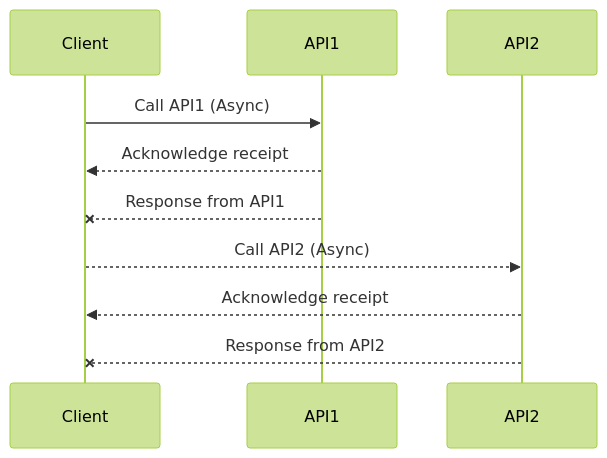
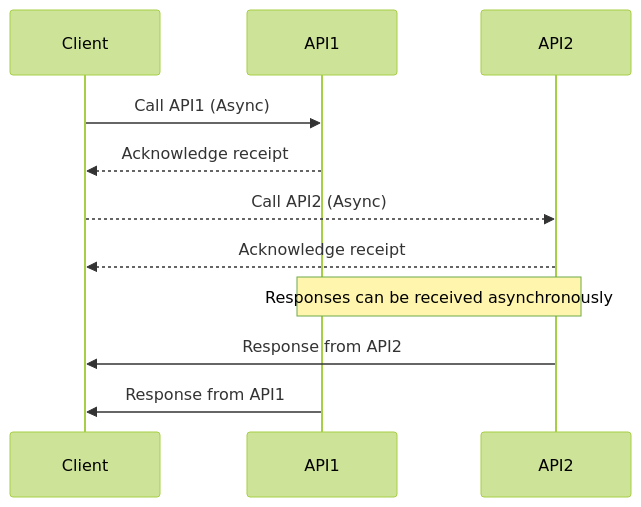
Before and after one commit to nitinkc/nitinkc.github.io: the second of 2 diagrams in _posts/Java/threads/2024-07-19-java21-virtualthreads.md, drawn with Mermaid (forest theme).

````diff
--- a/_posts/Java/threads/2024-07-19-java21-virtualthreads.md
+++ b/_posts/Java/threads/2024-07-19-java21-virtualthreads.md
@@ -105,13 +105,15 @@
 ```mermaid!
 sequenceDiagram
     participant Client
     participant API1
     participant API2
 
     Client ->> API1: Call API1 (Async)
     API1 -->> Client: Acknowledge receipt
-    API1 --x Client: Response from API1
     Client -->> API2: Call API2 (Async)
     API2 -->> Client: Acknowledge receipt
-    API2 --x Client: Response from API2
+   
+    Note over API1, API2: Responses can be received asynchronously
+    API2 ->> Client: Response from API2
+    API1 ->> Client: Response from API1
 ```
````
